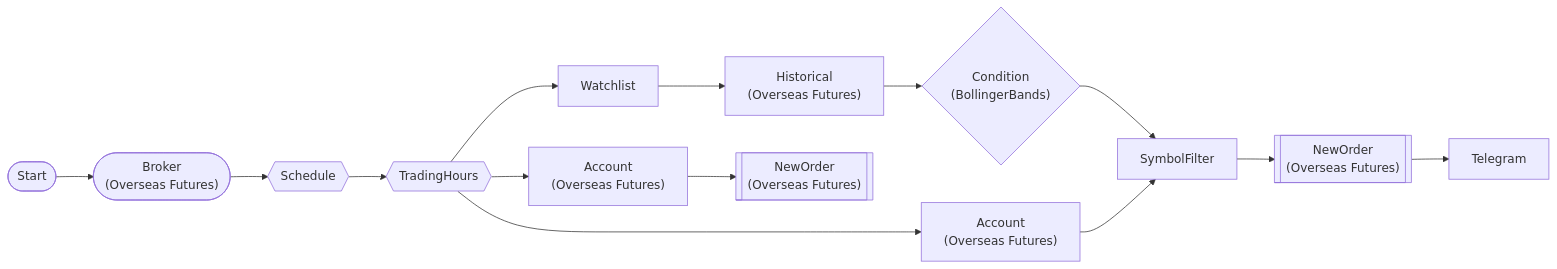
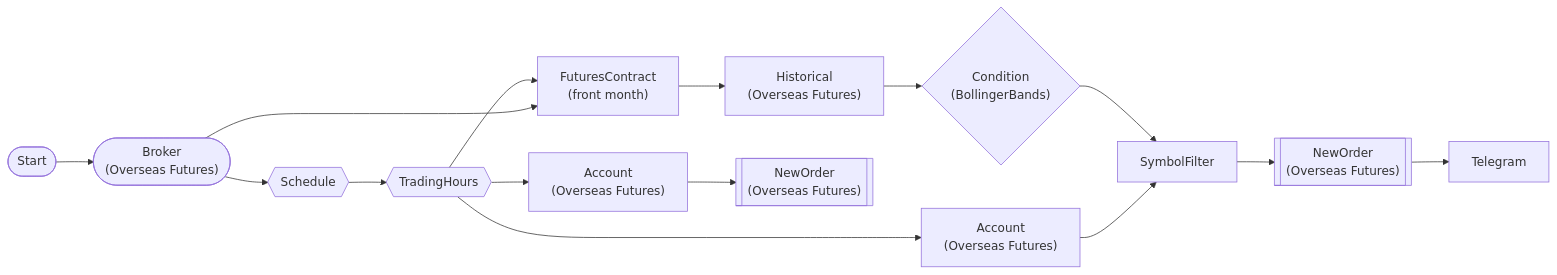
One commit to programgarden/programgarden changed the diagram in src/programgarden/examples/workflows/61-hkex-futures-bot.md. Above: the diagram before and after it, drawn with Mermaid. The commit also changed other lines of this file and 43 other files, not shown here.

First line of the commit message:
feat(futures): 월물 하드코딩 근본 제거 — FuturesContractNode 신설 + 예제 16건 전환

````diff
--- a/src/programgarden/examples/workflows/61-hkex-futures-bot.md
+++ b/src/programgarden/examples/workflows/61-hkex-futures-bot.md
@@ -21,36 +22,38 @@
 ```mermaid
 graph LR
     start(["Start"])
     broker(["Broker
 (Overseas Futures)"])
     schedule{{"Schedule"}}
     trading_hours{{"TradingHours"}}
     account["Account
 (Overseas Futures)"]
-    watchlist["Watchlist"]
+    contract["FuturesContract
+(front month)"]
     historical["Historical
 (Overseas Futures)"]
     bollinger{"Condition
 (BollingerBands)"}
     filter_buy["SymbolFilter"]
     buy_order[["NewOrder
 (Overseas Futures)"]]
     telegram_buy["Telegram"]
     account_sell["Account
 (Overseas Futures)"]
     sell_order[["NewOrder
 (Overseas Futures)"]]
     start --> broker
     broker --> schedule
     schedule --> trading_hours
     trading_hours --> account
-    trading_hours --> watchlist
-    watchlist --> historical
+    trading_hours --> contract
+    broker --> contract
+    contract --> historical
     historical --> bollinger
     bollinger --> filter_buy
     account --> filter_buy
     filter_buy --> buy_order
     buy_order --> telegram_buy
     trading_hours --> account_sell
     account_sell --> sell_order
 ```
````
